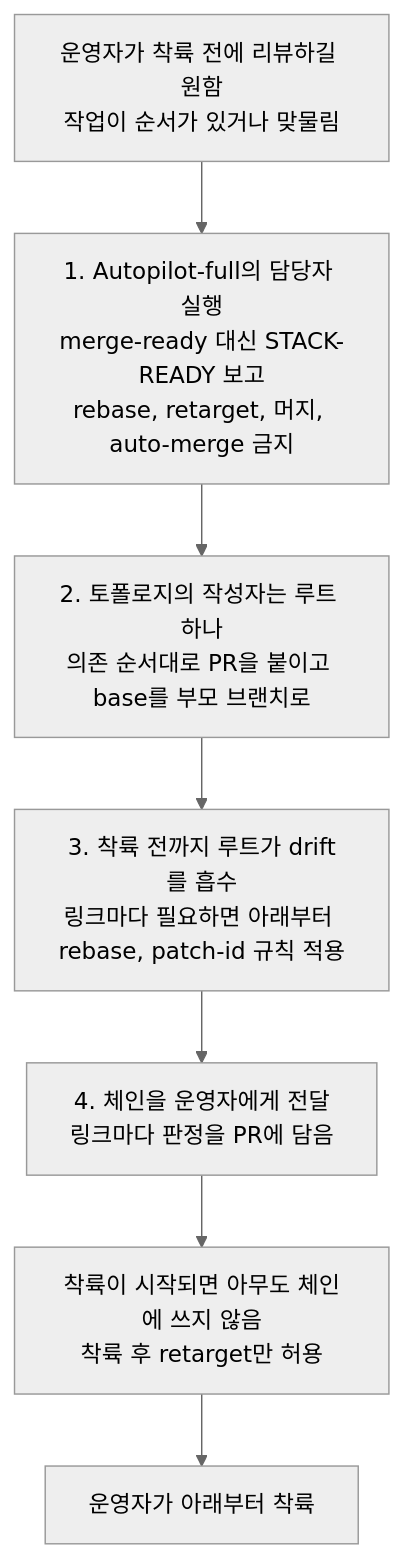
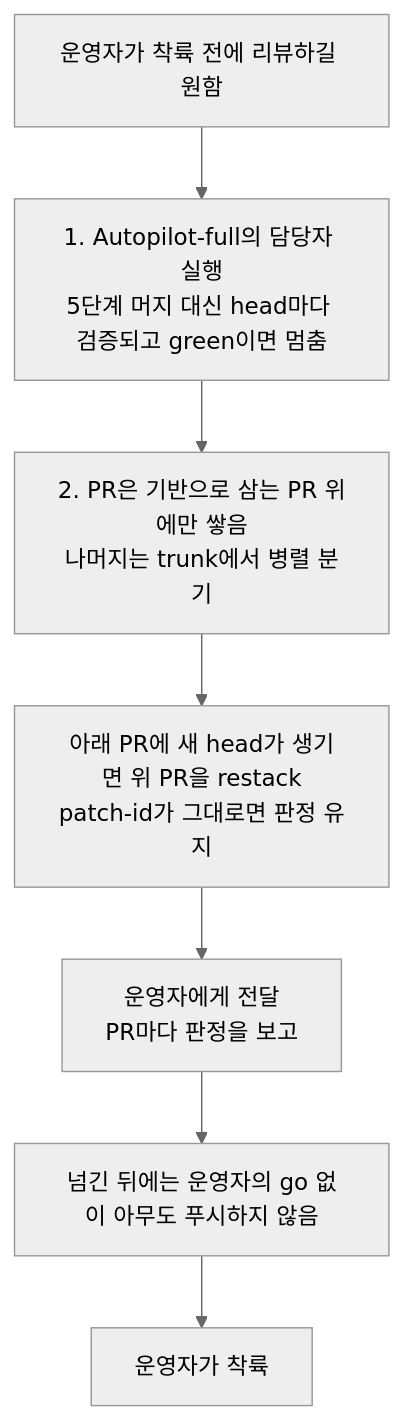
One commit to Mineru98/mstack changed diagram 52 of 57 in README.md. Above: the diagram before and after it, drawn with Mermaid (neutral theme). The commit also changed other lines of this file and 444 other files, not shown here.

````diff
--- a/README.md
+++ b/README.md
@@ -1393,9 +1398,9 @@
 ```mermaid
 flowchart TD
-    A["운영자가 착륙 전에 리뷰하길 원함<br/>작업이 순서가 있거나 맞물림"] --> B["1. Autopilot-full의 담당자 실행<br/>merge-ready 대신 STACK-READY 보고<br/>rebase, retarget, 머지, auto-merge 금지"]
-    B --> C["2. 토폴로지의 작성자는 루트 하나<br/>의존 순서대로 PR을 붙이고 base를 부모 브랜치로"]
-    C --> D["3. 착륙 전까지 루트가 drift를 흡수<br/>링크마다 필요하면 아래부터 rebase, patch-id 규칙 적용"]
-    D --> E["4. 체인을 운영자에게 전달<br/>링크마다 판정을 PR에 담음"]
-    E --> F["착륙이 시작되면 아무도 체인에 쓰지 않음<br/>착륙 후 retarget만 허용"]
-    F --> G["운영자가 아래부터 착륙"]
+    A["운영자가 착륙 전에 리뷰하길 원함"] --> B["1. Autopilot-full의 담당자 실행<br/>5단계 머지 대신 head마다 검증되고 green이면 멈춤"]
+    B --> C["2. PR은 기반으로 삼는 PR 위에만 쌓음<br/>나머지는 trunk에서 병렬 분기"]
+    C --> D["아래 PR에 새 head가 생기면 위 PR을 restack<br/>patch-id가 그대로면 판정 유지"]
+    D --> E["운영자에게 전달<br/>PR마다 판정을 보고"]
+    E --> F["넘긴 뒤에는 운영자의 go 없이 아무도 푸시하지 않음"]
+    F --> G["운영자가 착륙"]
 ```
````
